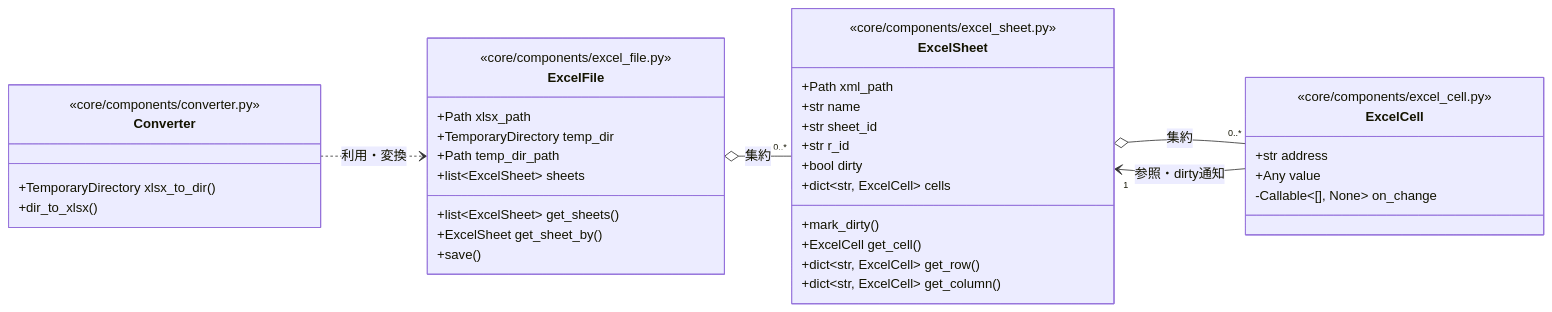
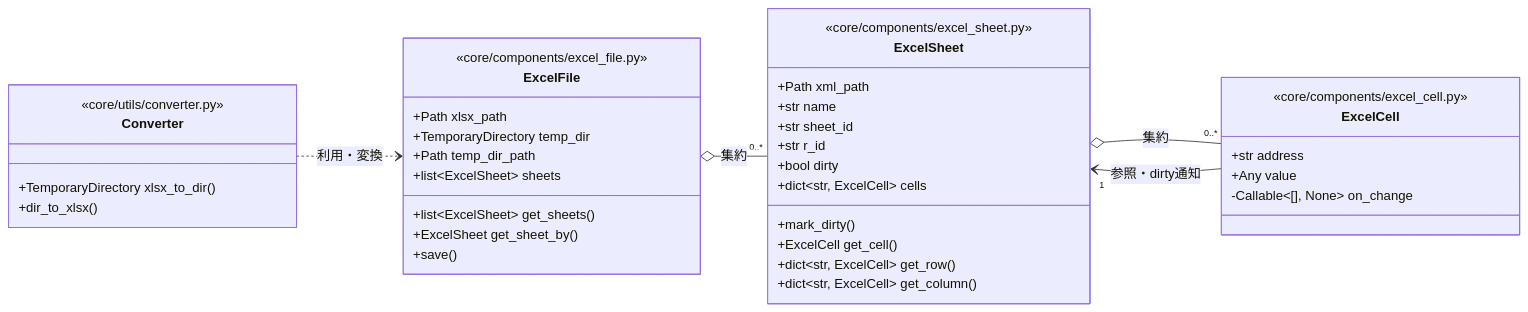
The diagram in README.md (kzynamiki/xlsxpy), drawn with Mermaid before and after one commit. The commit also changed other lines of this file, not shown here.

Commit message:
docs: converterのパスの表記を間違えていたのを修正

````diff
--- a/README.md
+++ b/README.md
@@ -40,50 +40,50 @@
 ```mermaid
 classDiagram
     direction LR
 
     class ExcelFile {
         <<core/components/excel_file.py>>
         +Path xlsx_path
         +TemporaryDirectory temp_dir
         +Path temp_dir_path
         +list~ExcelSheet~ sheets
 
         +list~ExcelSheet~ get_sheets()
         +ExcelSheet get_sheet_by()
         +save()
     }
 
     class ExcelSheet {
         <<core/components/excel_sheet.py>>
         +Path xml_path
         +str name
         +str sheet_id
         +str r_id
         +bool dirty
         +dict~str, ExcelCell~ cells
 
         +mark_dirty()
         +ExcelCell get_cell()
         +dict~str, ExcelCell~ get_row()
         +dict~str, ExcelCell~ get_column()
     }
 
     class ExcelCell {
         <<core/components/excel_cell.py>>
         +str address
         +Any value
         -Callable~[], None~ on_change
     }
 
     class Converter {
-        <<core/components/converter.py>>
+        <<core/utils/converter.py>>
 
         +TemporaryDirectory xlsx_to_dir()
         +dir_to_xlsx()
     }
 
     ExcelFile o-- "0..*" ExcelSheet : 集約
     ExcelSheet o-- "0..*" ExcelCell : 集約
     ExcelCell --> "1" ExcelSheet : 参照・dirty通知
     Converter ..> ExcelFile : 利用・変換
 ```
````
